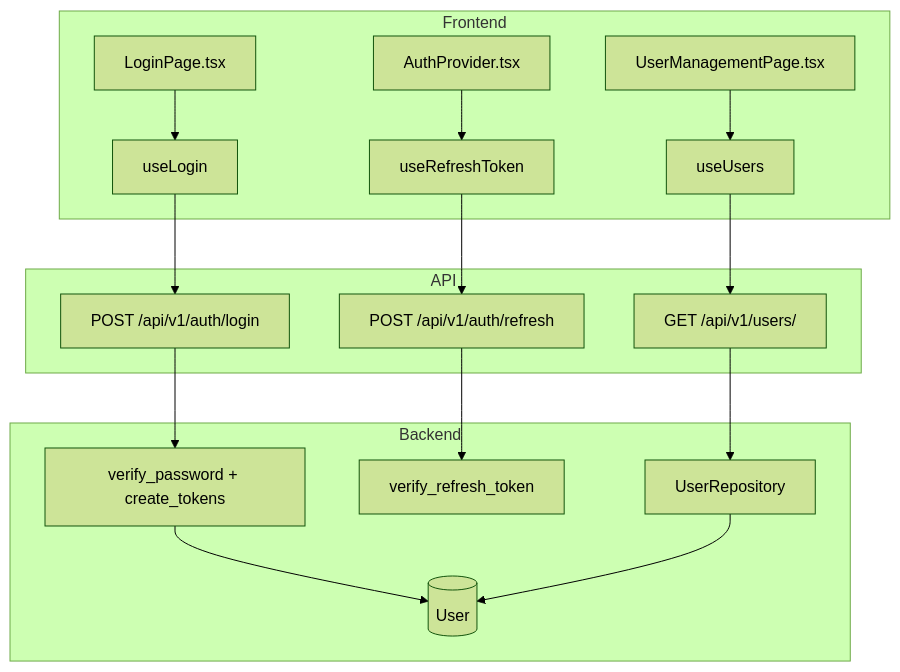
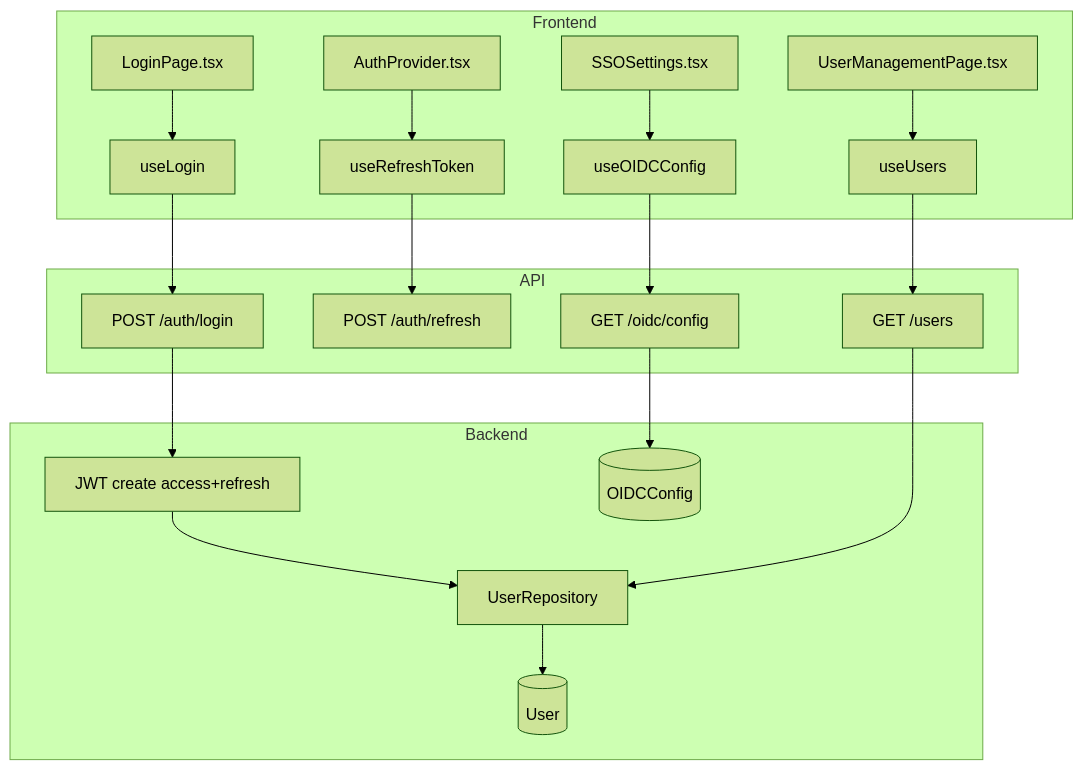
The first of 2 diagrams in .knowledge/features/auth.md (saturnis-io/cassini), drawn with Mermaid (forest theme) before and after one commit. The commit also changed other lines of this file and 16 other files, not shown here.

First line of the commit message:
knowledge-graph: regenerate

````diff
--- a/.knowledge/features/auth.md
+++ b/.knowledge/features/auth.md
@@ -5,20 +5,22 @@
 ```mermaid
 flowchart TD
     subgraph Frontend
         C1[LoginPage.tsx] --> H1[useLogin]
         C2[AuthProvider.tsx] --> H2[useRefreshToken]
         C3[UserManagementPage.tsx] --> H3[useUsers]
+        C4[SSOSettings.tsx] --> H4[useOIDCConfig]
     end
     subgraph API
-        H1 --> E1[POST /api/v1/auth/login]
-        H2 --> E2[POST /api/v1/auth/refresh]
-        H3 --> E3[GET /api/v1/users/]
+        H1 --> E1[POST /auth/login]
+        H2 --> E2[POST /auth/refresh]
+        H3 --> E3[GET /users]
+        H4 --> E4[GET /oidc/config]
     end
     subgraph Backend
-        E1 --> S1[verify_password + create_tokens]
-        S1 --> M1[(User)]
-        E2 --> S2[verify_refresh_token]
-        E3 --> R1[UserRepository]
-        R1 --> M1
+        E1 --> S1[JWT create access+refresh]
+        S1 --> R1[UserRepository]
+        R1 --> M1[(User)]
+        E3 --> R1
+        E4 --> M2[(OIDCConfig)]
     end
 ```
````
